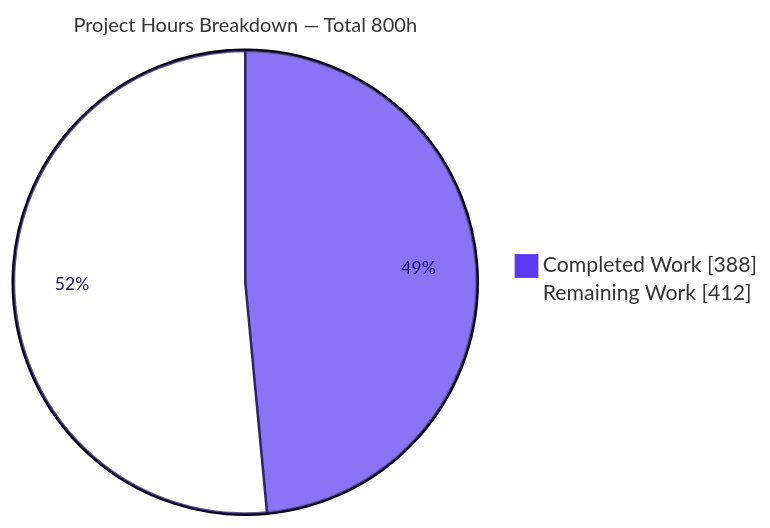
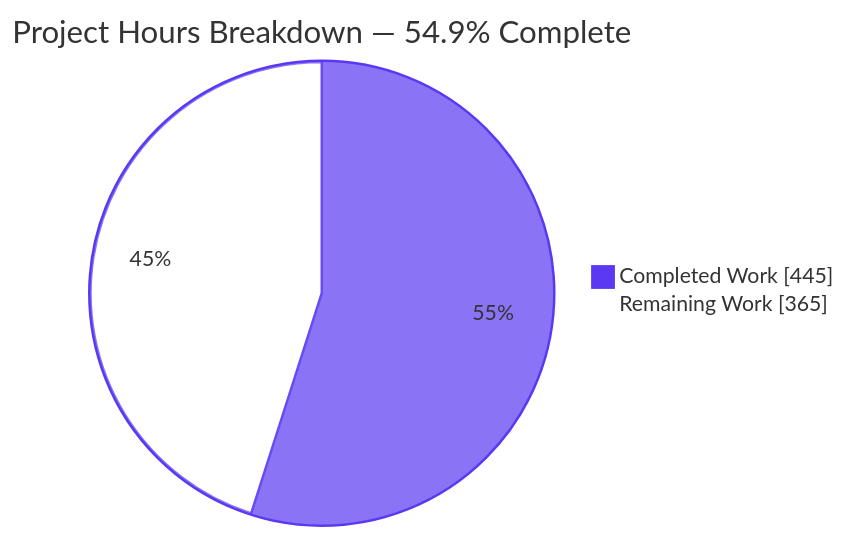
The second of 3 diagrams in blitzy/documentation/Project Guide.md (Blitzy-Sandbox/blitzy-spark), drawn with Mermaid before and after one commit. The commit also changed other lines of this file, not shown here.

Commit message:
Adding Blitzy Project Guide: Project Status and Human Tasks Remaining

````diff
--- a/blitzy/documentation/Project Guide.md
+++ b/blitzy/documentation/Project Guide.md
@@ -272,6 +277,7 @@
 ```mermaid
-%%{init: {'theme':'base', 'themeVariables': { 'pie1': '#5B39F3', 'pie2': '#FFFFFF', 'pieStrokeColor': '#1A105F', 'pieTitleTextSize': '16px', 'pieSectionTextSize': '14px', 'pieSectionTextColor': '#1A105F'}}}%%
-pie showData title Project Hours Breakdown — Total 800h
-    "Completed Work" : 388
-    "Remaining Work" : 412
+%%{init: {'theme':'base', 'themeVariables': {'pie1':'#5B39F3', 'pie2':'#FFFFFF', 'pieStrokeColor':'#5B39F3', 'pieOuterStrokeColor':'#5B39F3'}}}%%
+pie showData
+    title Project Hours Breakdown — 54.9% Complete
+    "Completed Work" : 445
+    "Remaining Work" : 365
 ```
````
